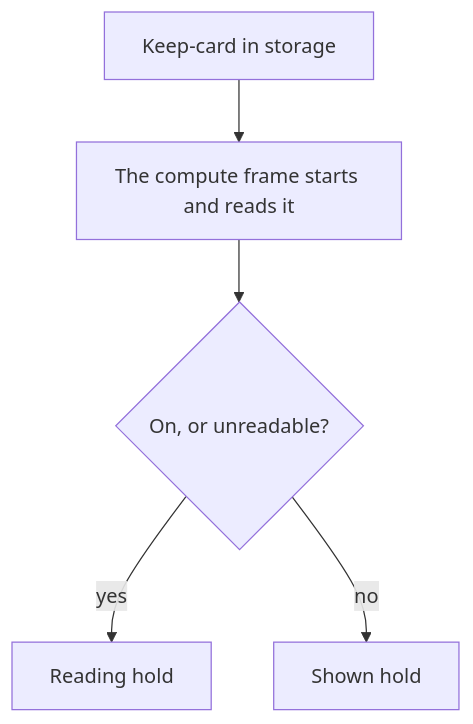
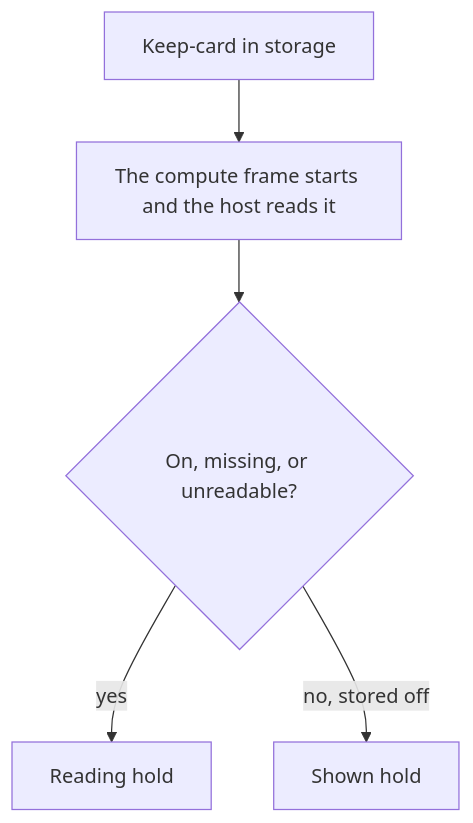
The seventh of 14 diagrams in docs/hover-map.md (ryangswe/duelsight), drawn with Mermaid before and after one commit. The commit also changed other lines of this file and 82 other files, not shown here.

````diff
--- a/docs/hover-map.md
+++ b/docs/hover-map.md
@@ -344,12 +396,12 @@
 ```mermaid
 flowchart TD
   ST["Keep-card in storage"]
-  RD["The compute frame starts and reads it"]
-  K{"On, or unreadable?"}
+  RD["The compute frame starts and the host reads it"]
+  K{"On, missing, or unreadable?"}
   RH["Reading hold"]
   SH["Shown hold"]
 
   ST --> RD --> K
   K -->|"yes"| RH
-  K -->|"no"| SH
+  K -->|"no, stored off"| SH
 ```
````
